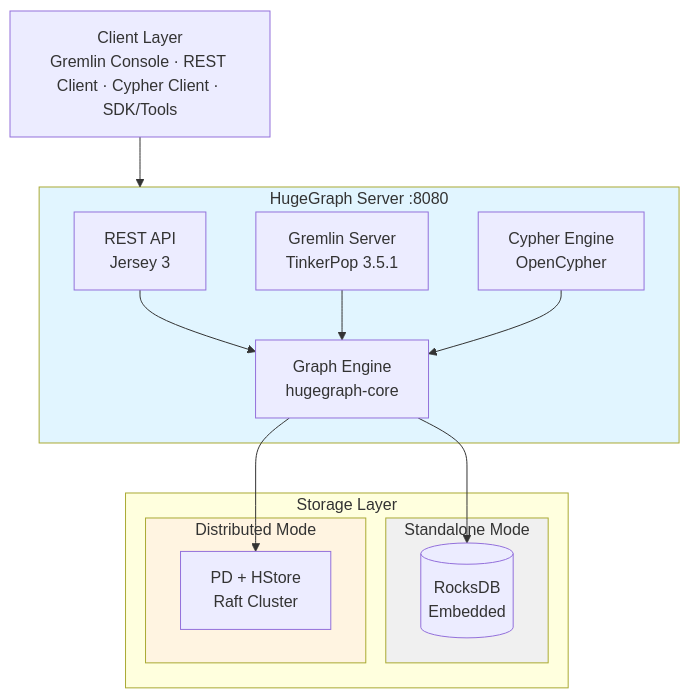
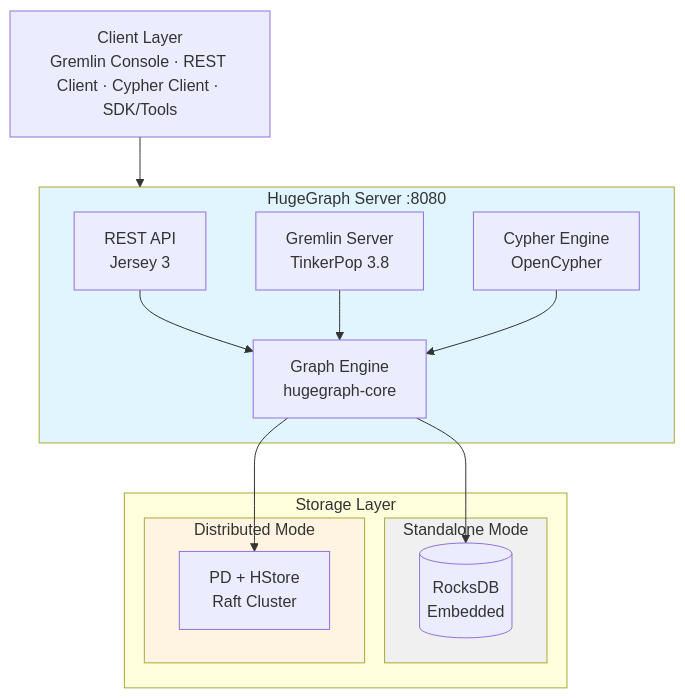
The diagram in README.md (hugegraph/hugegraph), drawn with Mermaid before and after one commit. The commit also changed other lines of this file and 2 other files, not shown here.

Commit message:
fix(ci): retain upgrade metrics and version guidance

````diff
--- a/README.md
+++ b/README.md
@@ -122,33 +122,33 @@
 ```mermaid
 flowchart TB
     CLIENTS["Client Layer<br/>Gremlin Console · REST Client · Cypher Client · SDK/Tools"]
 
     subgraph Server["HugeGraph Server :8080"]
         API[REST API<br/>Jersey 3]
-        GS[Gremlin Server<br/>TinkerPop 3.5.1]
+        GS[Gremlin Server<br/>TinkerPop 3.8]
         CS[Cypher Engine<br/>OpenCypher]
         CORE[Graph Engine<br/>hugegraph-core]
 
         API --> CORE
         GS --> CORE
         CS --> CORE
     end
 
     subgraph Storage["Storage Layer"]
         subgraph Standalone["Standalone Mode"]
             ROCKS[(RocksDB<br/>Embedded)]
         end
 
         subgraph Distributed["Distributed Mode"]
             PD_HSTORE[PD + HStore<br/>Raft Cluster]
         end
     end
 
     CLIENTS --> Server
     CORE --> ROCKS
     CORE --> PD_HSTORE
 
     style Server fill:#e1f5ff
     style Distributed fill:#fff4e1
     style Standalone fill:#f0f0f0
 ```
````
